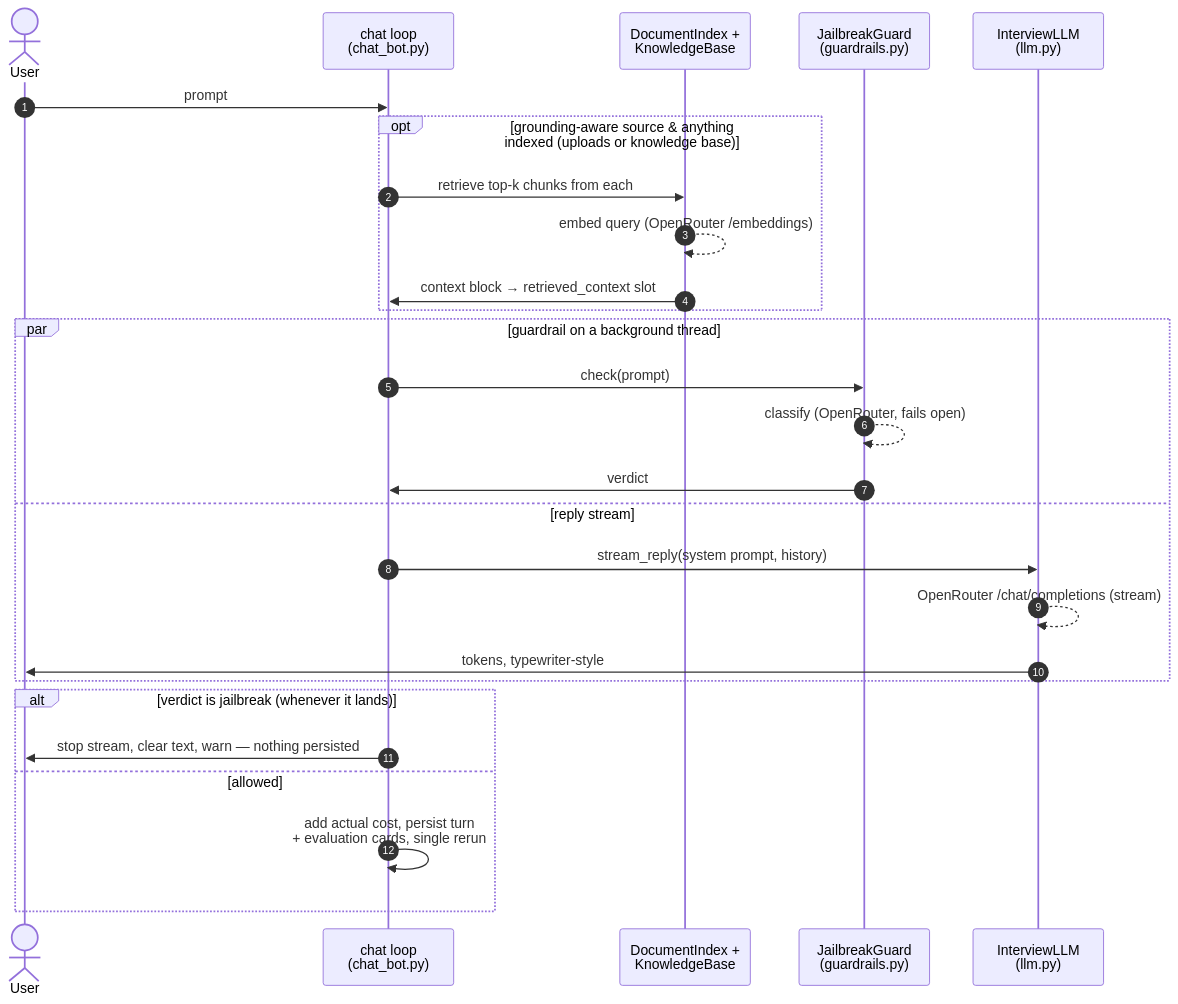
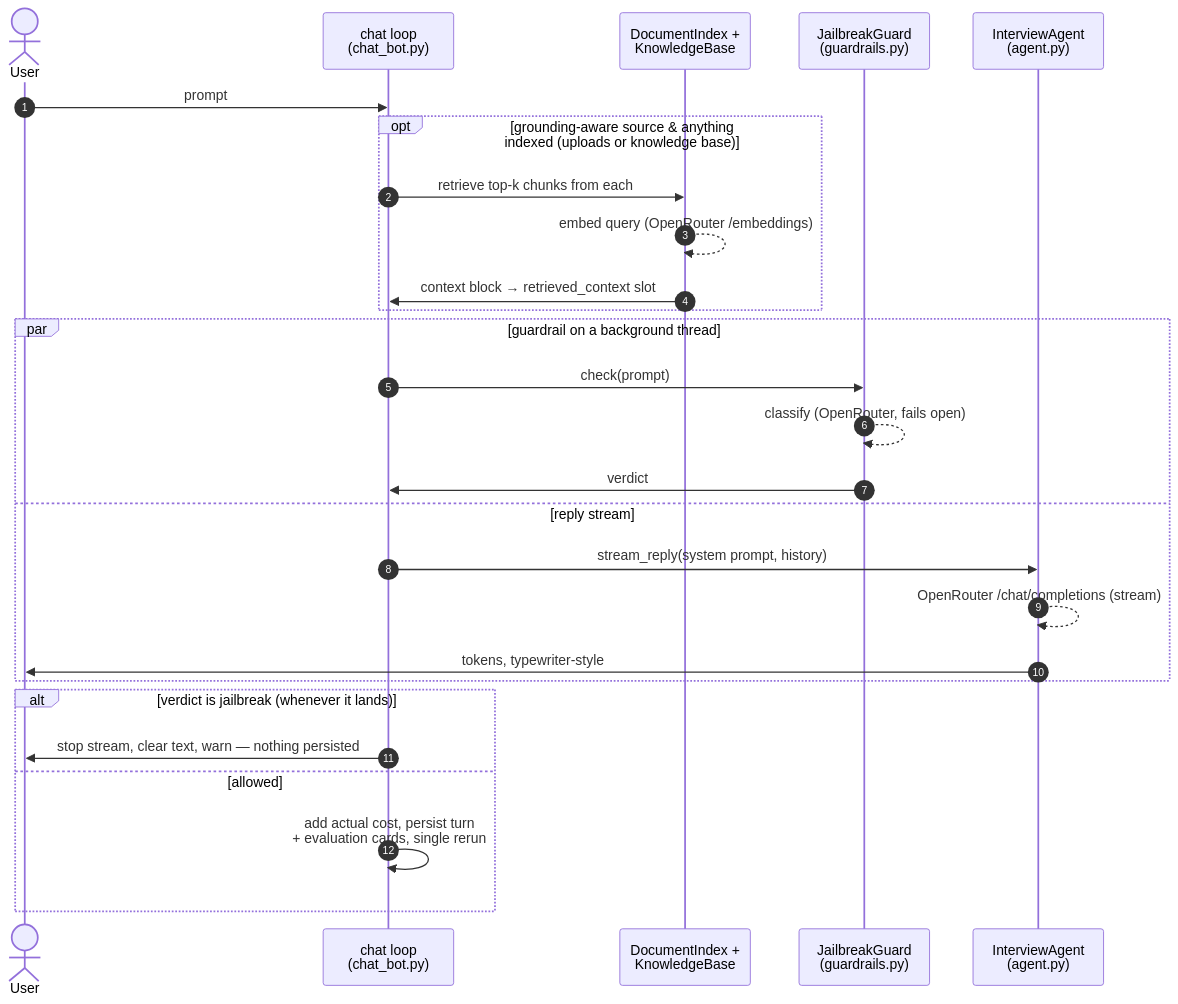
One commit to DukeOfErl/interv_preper changed the first of 7 diagrams in docs/diagrams/architecture.md. Above: the diagram before and after it, drawn with Mermaid. The commit also changed other lines of this file and 22 other files, not shown here.

````diff
--- a/docs/diagrams/architecture.md
+++ b/docs/diagrams/architecture.md
@@ -22,30 +22,30 @@
 ```mermaid
 sequenceDiagram
     autonumber
     actor U as User
     participant CB as chat loop<br/>(chat_bot.py)
     participant R as DocumentIndex +<br/>KnowledgeBase
     participant G as JailbreakGuard<br/>(guardrails.py)
-    participant L as InterviewLLM<br/>(llm.py)
+    participant L as InterviewAgent<br/>(agent.py)
 
     U->>CB: prompt
     opt grounding-aware source & anything indexed (uploads or knowledge base)
         CB->>R: retrieve top-k chunks from each
         R-->>R: embed query (OpenRouter /embeddings)
         R->>CB: context block → retrieved_context slot
     end
     par guardrail on a background thread
         CB->>G: check(prompt)
         G-->>G: classify (OpenRouter, fails open)
         G->>CB: verdict
     and reply stream
         CB->>L: stream_reply(system prompt, history)
         L-->>L: OpenRouter /chat/completions (stream)
         L->>U: tokens, typewriter-style
     end
     alt verdict is jailbreak (whenever it lands)
         CB->>U: stop stream, clear text, warn — nothing persisted
     else allowed
         CB->>CB: add actual cost, persist turn<br/>+ evaluation cards, single rerun
     end
 ```
````
